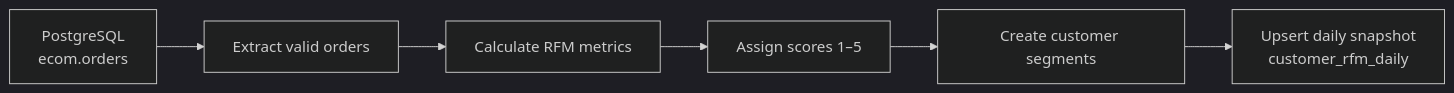
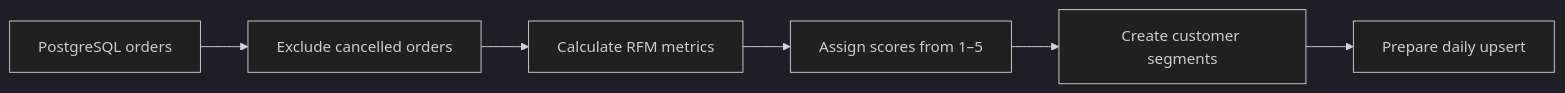
The diagram in README.md (Akshobya698/rfm-daily-pipeline), drawn with Mermaid (dark theme) before and after one commit. The commit also changed other lines of this file, not shown here.

````diff
--- a/README.md
+++ b/README.md
@@ -20,8 +45,8 @@
 ```mermaid
 flowchart LR
-    A["PostgreSQL<br/>ecom.orders"] --> B["Extract valid orders"]
+    A["PostgreSQL orders"] --> B["Exclude cancelled orders"]
     B --> C["Calculate RFM metrics"]
-    C --> D["Assign scores 1–5"]
+    C --> D["Assign scores from 1–5"]
     D --> E["Create customer segments"]
-    E --> F["Upsert daily snapshot<br/>customer_rfm_daily"]
+    E --> F["Prepare daily upsert"]
 ```
````
